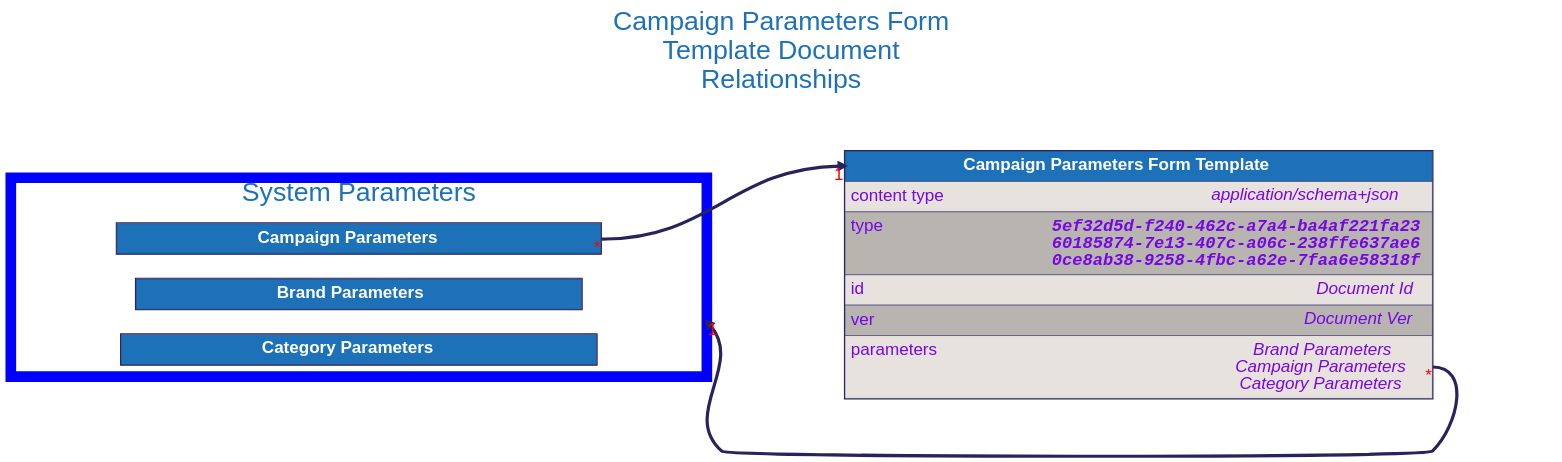
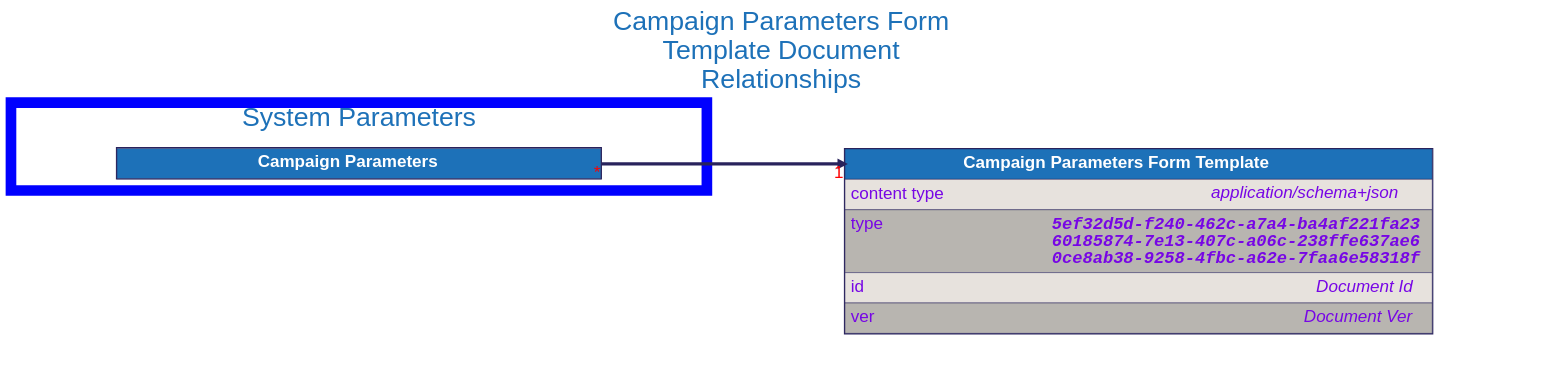
One commit to input-output-hk/catalyst-libs changed the diagram in docs/src/architecture/08_concepts/signed_doc/diagrams/campaign_parameters_form_template.dot. Above: the diagram before and after it, drawn with Graphviz. The commit also changed 15 other files, not shown here.

```diff
--- a/docs/src/architecture/08_concepts/signed_doc/diagrams/campaign_parameters_form_template.dot
+++ b/docs/src/architecture/08_concepts/signed_doc/diagrams/campaign_parameters_form_template.dot
@@ -1,135 +1,94 @@
 digraph "Campaign Parameters Form Template" {
     rankdir="LR"
     graph [fontname="helvetica", fontsize="32", fontcolor="#29235c", bgcolor="white"];
     node [penwidth="0", margin="0", fontname="helvetica", fontsize="32", fontcolor="#29235c"];
     edge [fontname="helvetica", fontsize="32", fontcolor="red", color="#29235c"];
 
     labelloc="t"
     label="Campaign Parameters Form
 Template Document
 Relationships"
     fontcolor="#1d71b8"
     fontsize=50
     compound=true
 
 
-
-    subgraph cluster_system_parameters {
-        label = "System Parameters";
-        color=blue
-        penwidth=20
-
-        "Brand Parameters" [
-            id="Brand Parameters";
-            label=<
-                <TABLE BORDER="2" COLOR="#29235c" CELLBORDER="1" CELLSPACING="0" CELLPADDING="10">
-                <TR>
-                    <TD PORT="title" BGCOLOR="#1d71b8" HREF="../brand_parameters/">
-                        <FONT COLOR="#ffffff"><B> Brand Parameters </B></FONT>
-                    </TD>
-                </TR>
-
-                </TABLE>
-            >
-        ];
-
-
-        "Campaign Parameters" [
-            id="Campaign Parameters";
-            label=<
-                <TABLE BORDER="2" COLOR="#29235c" CELLBORDER="1" CELLSPACING="0" CELLPADDING="10">
-                <TR>
-                    <TD PORT="title" BGCOLOR="#1d71b8" HREF="../campaign_parameters/">
-                        <FONT COLOR="#ffffff"><B> Campaign Parameters </B></FONT>
-                    </TD>
-                </TR>
-
-                </TABLE>
-            >
-        ];
-
-
-        "Category Parameters" [
-            id="Category Parameters";
-            label=<
-                <TABLE BORDER="2" COLOR="#29235c" CELLBORDER="1" CELLSPACING="0" CELLPADDING="10">
-                <TR>
-                    <TD PORT="title" BGCOLOR="#1d71b8" HREF="../category_parameters/">
-                        <FONT COLOR="#ffffff"><B> Category Parameters </B></FONT>
-                    </TD>
-                </TR>
-
-                </TABLE>
-            >
-        ];
-
-    }
 
     "Campaign Parameters Form Template" [
         id="Campaign Parameters Form Template";
         label=<
             <TABLE BORDER="2" COLOR="#29235c" CELLBORDER="1" CELLSPACING="0" CELLPADDING="10">
             <TR>
                 <TD PORT="title" BGCOLOR="#1d71b8" HREF="../campaign_parameters_form_template/">
                     <FONT COLOR="#ffffff"><B> Campaign Parameters Form Template </B></FONT>
                 </TD>
             </TR>
             <TR>
                 <TD ALIGN="LEFT" PORT="content type" BGCOLOR="#e7e2dd">
                     <TABLE CELLPADDING="0" CELLSPACING="0" BORDER="0">
                         <TR>
                             <TD ALIGN="LEFT" VALIGN="TOP" WIDTH="200"><FONT COLOR="#7706E5">content type</FONT></TD>
                             <TD ALIGN="RIGHT"><FONT COLOR="#7706E5"><I>application/schema+json</I></FONT></TD>
                         </TR>
                     </TABLE>
                 </TD>
             </TR>
             <TR>
                 <TD ALIGN="LEFT" PORT="type" BGCOLOR="#b8b5b0">
                     <TABLE CELLPADDING="0" CELLSPACING="0" BORDER="0">
                         <TR>
                             <TD ALIGN="LEFT" VALIGN="TOP" WIDTH="200"><FONT COLOR="#7706E5">type</FONT></TD>
                             <TD ALIGN="RIGHT"><FONT FACE="Courier" COLOR="#7706E5"><B><I>5ef32d5d-f240-462c-a7a4-ba4af221fa23<BR />60185874-7e13-407c-a06c-238ffe637ae6<BR />0ce8ab38-9258-4fbc-a62e-7faa6e58318f</I></B></FONT></TD>
                         </TR>
                     </TABLE>
                 </TD>
             </TR>
             <TR>
                 <TD ALIGN="LEFT" PORT="id" BGCOLOR="#e7e2dd">
                     <TABLE CELLPADDING="0" CELLSPACING="0" BORDER="0">
                         <TR>
                             <TD ALIGN="LEFT" VALIGN="TOP" WIDTH="200"><FONT COLOR="#7706E5">id</FONT></TD>
                             <TD ALIGN="RIGHT"><FONT COLOR="#7706E5"><I>Document Id</I></FONT></TD>
                         </TR>
                     </TABLE>
                 </TD>
             </TR>
             <TR>
                 <TD ALIGN="LEFT" PORT="ver" BGCOLOR="#b8b5b0">
                     <TABLE CELLPADDING="0" CELLSPACING="0" BORDER="0">
                         <TR>
                             <TD ALIGN="LEFT" VALIGN="TOP" WIDTH="200"><FONT COLOR="#7706E5">ver</FONT></TD>
                             <TD ALIGN="RIGHT"><FONT COLOR="#7706E5"><I>Document Ver</I></FONT></TD>
                         </TR>
                     </TABLE>
                 </TD>
             </TR>
-            <TR>
-                <TD ALIGN="LEFT" PORT="parameters" BGCOLOR="#e7e2dd">
-                    <TABLE CELLPADDING="0" CELLSPACING="0" BORDER="0">
-                        <TR>
-                            <TD ALIGN="LEFT" VALIGN="TOP" WIDTH="200"><FONT COLOR="#7706E5">parameters</FONT></TD>
-                            <TD ALIGN="RIGHT"><FONT COLOR="#7706E5"><I>Brand Parameters<BR />Campaign Parameters<BR />Category Parameters</I></FONT></TD>
-                        </TR>
-                    </TABLE>
-                </TD>
-            </TR>
 
             </TABLE>
         >
     ];
 
 
-    "Campaign Parameters Form Template":"parameters":e -> "Brand Parameters" [dir=forward, penwidth=6, color="#29235c", headlabel="1", taillabel="*", lhead="cluster_system_parameters"]
+    subgraph cluster_system_parameters {
+        label = "System Parameters";
+        color=blue
+        penwidth=20
+
+        "Campaign Parameters" [
+            id="Campaign Parameters";
+            label=<
+                <TABLE BORDER="2" COLOR="#29235c" CELLBORDER="1" CELLSPACING="0" CELLPADDING="10">
+                <TR>
+                    <TD PORT="title" BGCOLOR="#1d71b8" HREF="../campaign_parameters/">
+                        <FONT COLOR="#ffffff"><B> Campaign Parameters </B></FONT>
+                    </TD>
+                </TR>
+
+                </TABLE>
+            >
+        ];
+
+    }
+
     "Campaign Parameters":"title":e -> "Campaign Parameters Form Template":"title":w [dir=forward, penwidth=6, color="#29235c", headlabel="1", taillabel="*"]
 }
```
